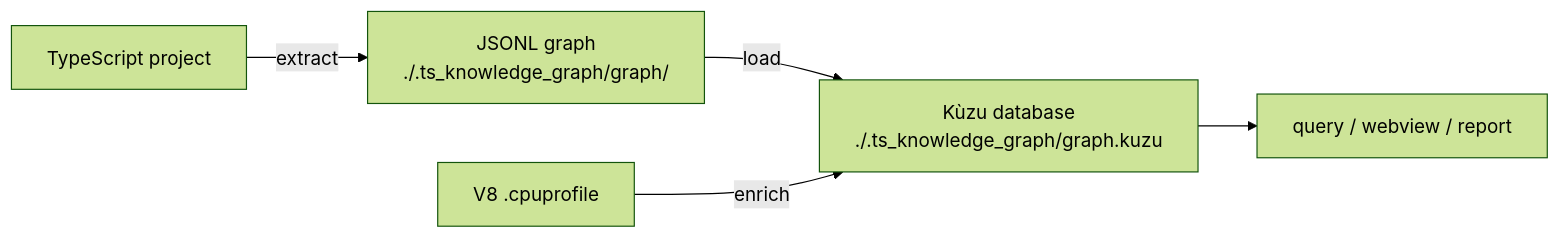
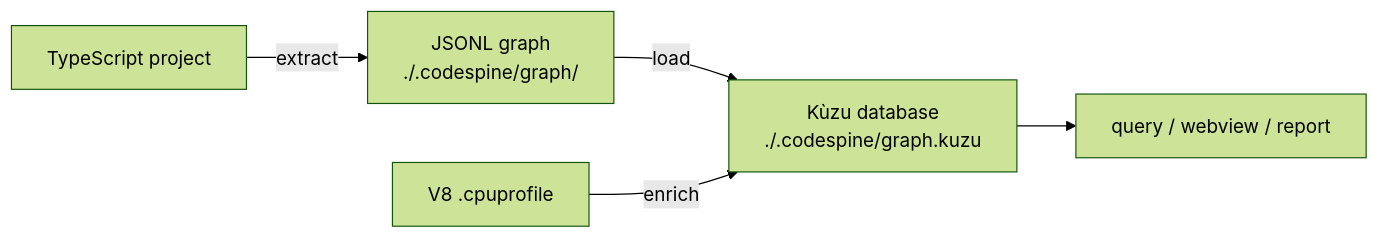
Before and after one commit to jeromeetienne/codespine: the diagram in contribs/docsite/content/en/commands/overview.mdx, drawn with Mermaid (forest theme). The commit also changed other lines of this file and 66 other files, not shown here.

````diff
--- a/contribs/docsite/content/en/commands/overview.mdx
+++ b/contribs/docsite/content/en/commands/overview.mdx
@@ -26,7 +26,7 @@
 ```mermaid
 flowchart LR
-    A["TypeScript project"] -->|extract| B["JSONL graph<br/>./.ts_knowledge_graph/graph/"]
-    B -->|load| C["Kùzu database<br/>./.ts_knowledge_graph/graph.kuzu"]
+    A["TypeScript project"] -->|extract| B["JSONL graph<br/>./.codespine/graph/"]
+    B -->|load| C["Kùzu database<br/>./.codespine/graph.kuzu"]
     C --> D["query / webview / report"]
     P["V8 .cpuprofile"] -->|enrich| C
 ```
````
